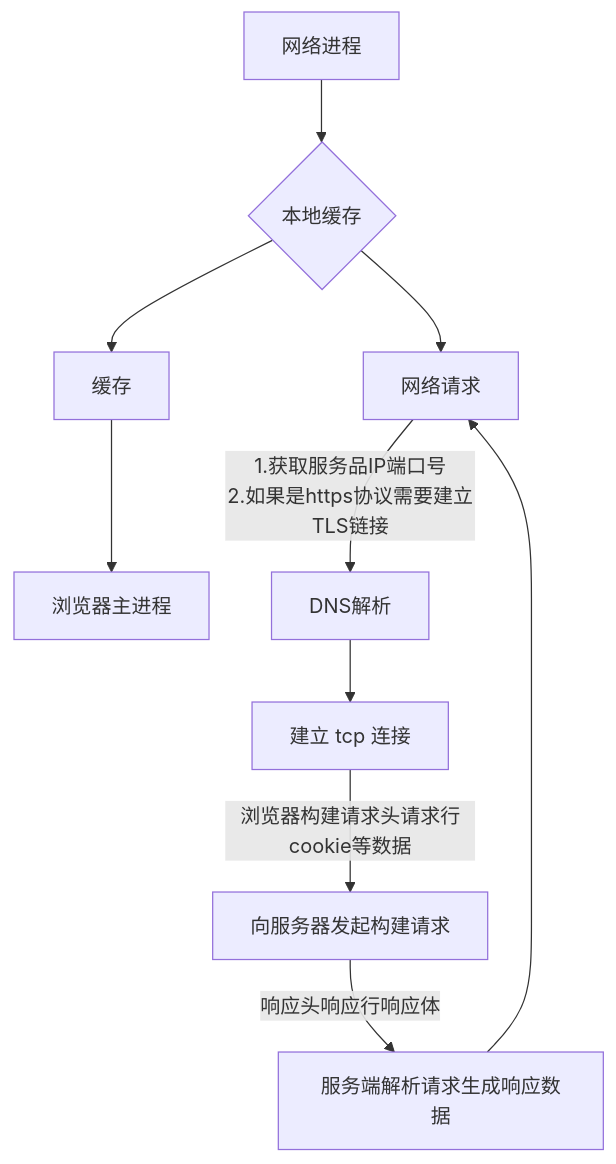
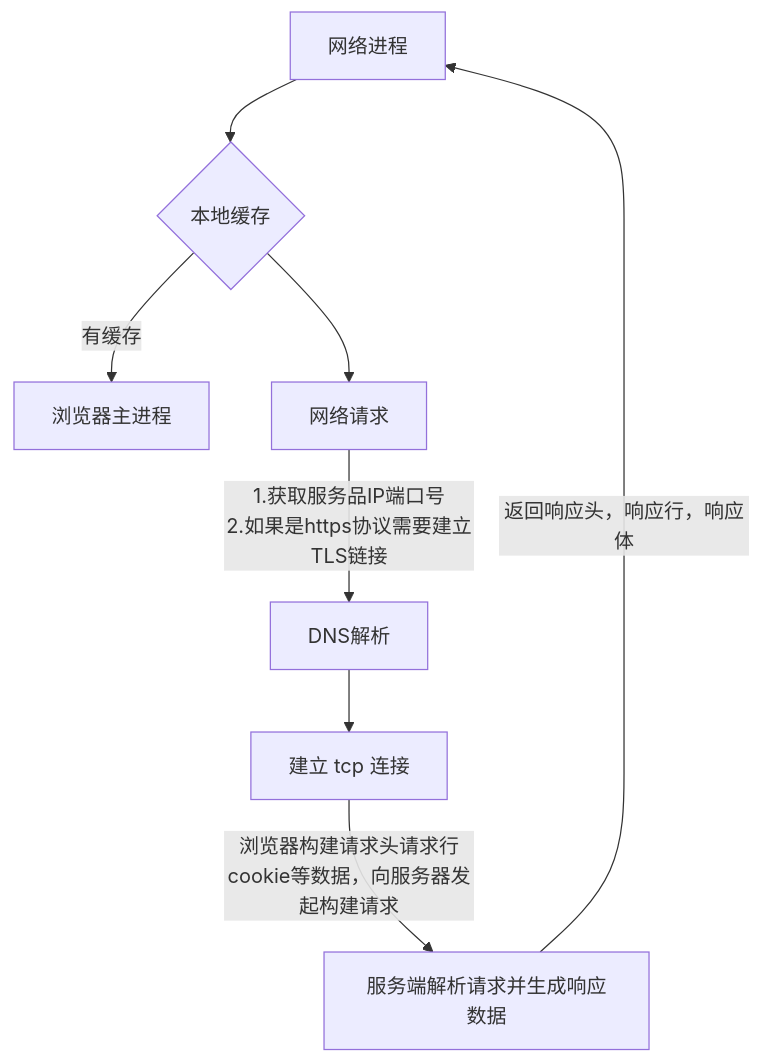
One commit to HelenZhangLP/blog changed the third of 6 diagrams in source/_posts/浏览器工作原理——从输入URL-到页面展示，这中间发生了什么.md. Above: the diagram before and after it, drawn with Mermaid. The commit also changed other lines of this file and 88 other files, not shown here.

````diff
--- a/source/_posts/浏览器工作原理——从输入URL-到页面展示，这中间发生了什么.md
+++ b/source/_posts/浏览器工作原理——从输入URL-到页面展示，这中间发生了什么.md
@@ -22,12 +59,10 @@
 ```mermaid
 graph TD;
   A[网络进程] --> B{本地缓存}
-  B --> C[缓存]
+  B -->|有缓存| browser[浏览器主进程]
   B --> D[网络请求]
-  C --> browser[浏览器主进程]
   D --> |1.获取服务品IP端口号<br/>2.如果是https协议需要建立TLS链接|DNS[DNS解析]
   DNS --> TCP[建立 tcp 连接]
-  TCP --> |浏览器构建请求头请求行cookie等数据|b[向服务器发起构建请求]
-  b --> |响应头响应行响应体|s[服务端解析请求生成响应数据]
-  s --> D
+  TCP --> |"浏览器构建请求头请求行cookie等数据，向服务器发起构建请求"| S[服务端解析请求并生成响应数据]
+  S --> |"返回响应头，响应行，响应体"| A
 ```
````
